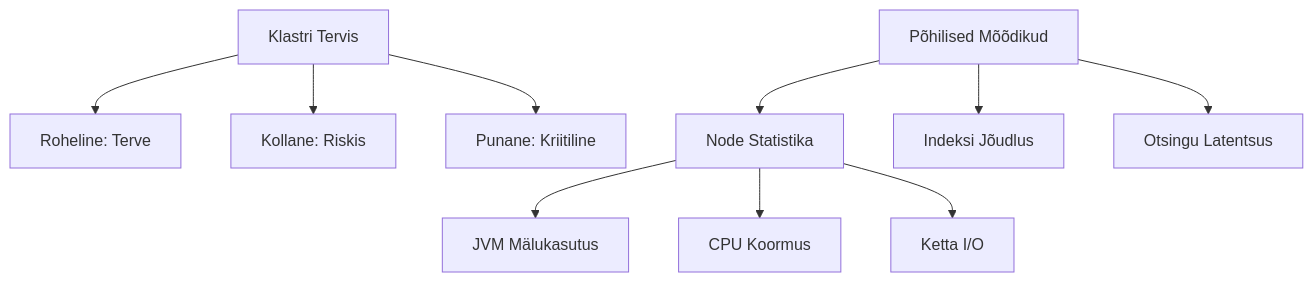
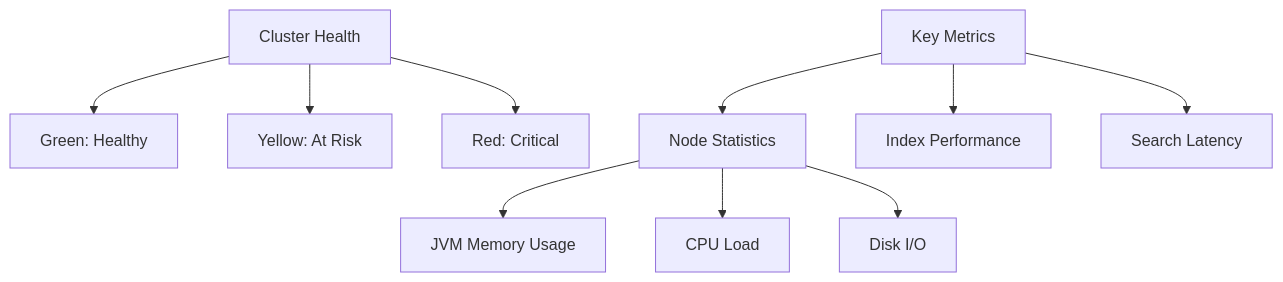
Before and after one commit to mariatesttalvik/monitoring: the diagram in docs/materials/lectures/Elasticsearch/Part7_Monitoring.md, drawn with Mermaid. The commit also changed other lines of this file and 22 other files, not shown here.

````diff
--- a/docs/materials/lectures/Elasticsearch/Part7_Monitoring.md
+++ b/docs/materials/lectures/Elasticsearch/Part7_Monitoring.md
@@ -46,14 +34,14 @@
 ```mermaid
 graph TB
-    A[Klastri Tervis] --> B[Roheline: Terve]
-    A --> C[Kollane: Riskis]
-    A --> D[Punane: Kriitiline]
+    A[Cluster Health] --> B[Green: Healthy]
+    A --> C[Yellow: At Risk]
+    A --> D[Red: Critical]
     
-    E[Põhilised Mõõdikud] --> F[Node Statistika]
-    E --> G[Indeksi Jõudlus]
-    E --> H[Otsingu Latentsus]
+    E[Key Metrics] --> F[Node Statistics]
+    E --> G[Index Performance]
+    E --> H[Search Latency]
     
-    F --> I[JVM Mälukasutus]
-    F --> J[CPU Koormus]
-    F --> K[Ketta I/O]
+    F --> I[JVM Memory Usage]
+    F --> J[CPU Load]
+    F --> K[Disk I/O]
 ```
````
